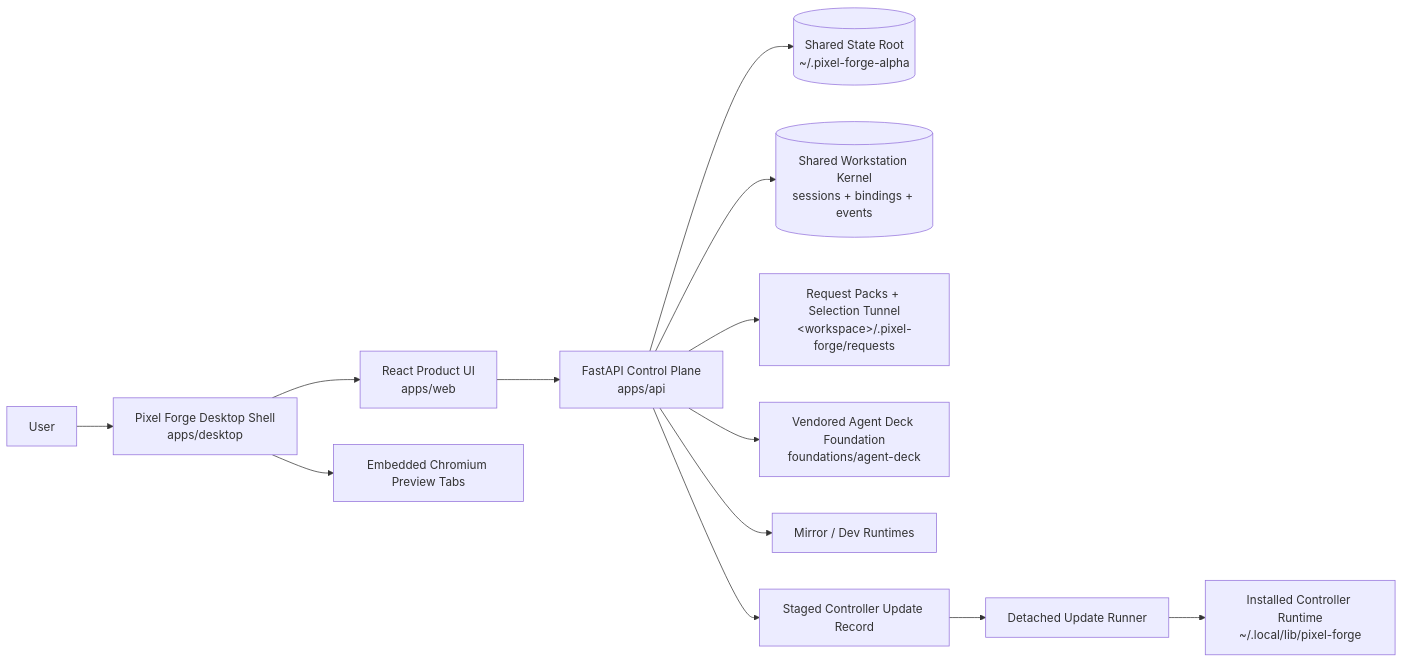
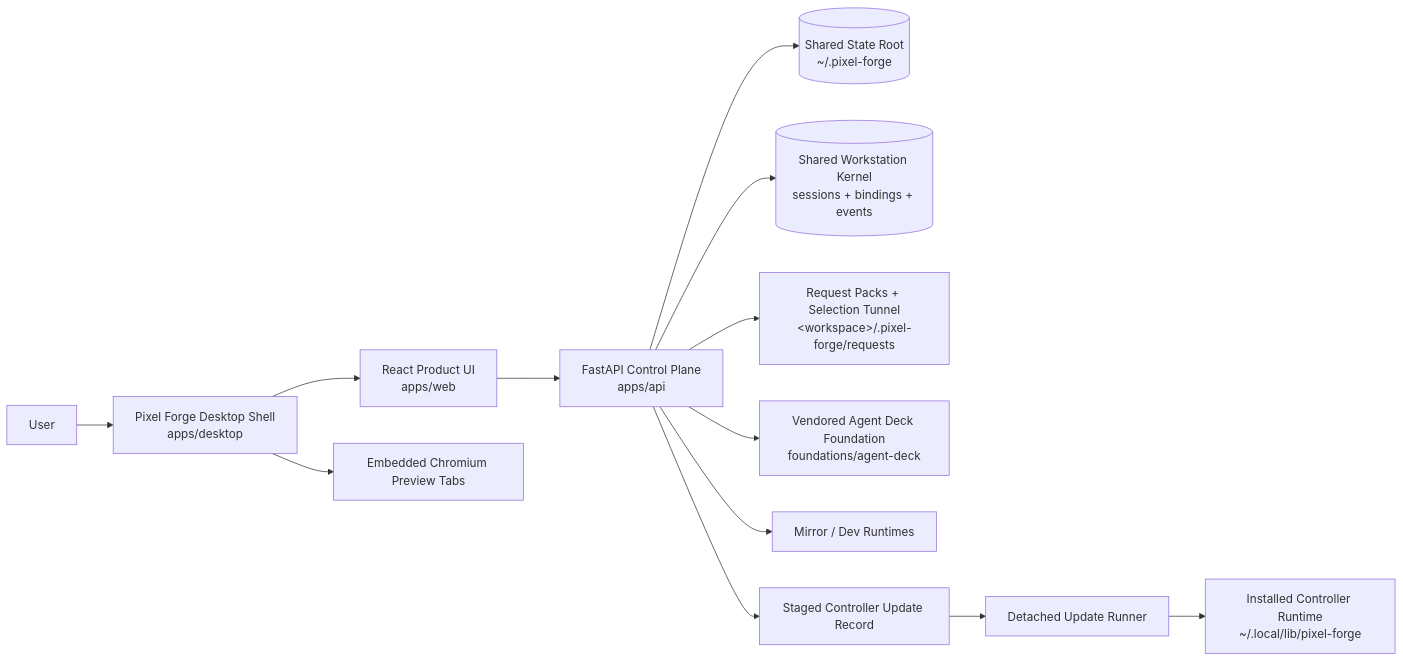
The second of 9 diagrams in ARCHITECTURE.md (arcforgelabs/pixel-forge), drawn with Mermaid before and after one commit. The commit also changed other lines of this file and 9 other files, not shown here.

````diff
--- a/ARCHITECTURE.md
+++ b/ARCHITECTURE.md
@@ -265,15 +265,15 @@
 ```mermaid
 flowchart LR
   User[User] --> Shell[Pixel Forge Desktop Shell<br/>apps/desktop]
   Shell --> UI[React Product UI<br/>apps/web]
   Shell --> Preview[Embedded Chromium Preview Tabs]
   UI --> API[FastAPI Control Plane<br/>apps/api]
-  API --> State[(Shared State Root<br/>~/.pixel-forge-alpha)]
+  API --> State[(Shared State Root<br/>~/.pixel-forge)]
   API --> Kernel[(Shared Workstation Kernel<br/>sessions + bindings + events)]
   API --> Packs[Request Packs + Selection Tunnel<br/>&lt;workspace&gt;/.pixel-forge/requests]
   API --> AgentDeck[Vendored Agent Deck Foundation<br/>foundations/agent-deck]
   API --> Mirrors[Mirror / Dev Runtimes]
   API --> Staged[Staged Controller Update Record]
   Staged --> Runner[Detached Update Runner]
   Runner --> Installed[Installed Controller Runtime<br/>~/.local/lib/pixel-forge]
 ```
````
